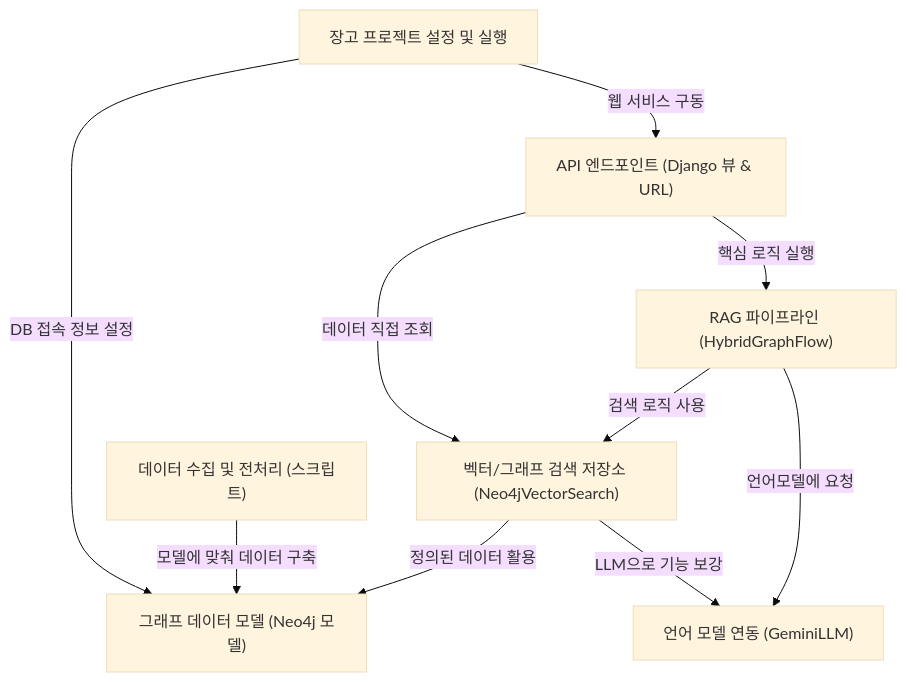
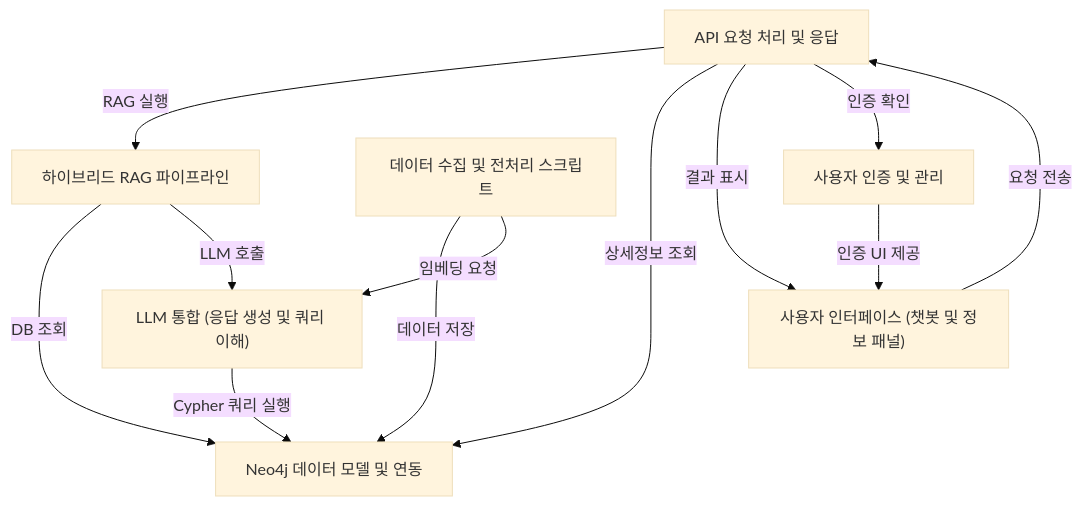
One commit to SKNETWORKS-FAMILY-AICAMP/SKN10-4th-1Team changed the diagram in tutorial/index.md. Above: the diagram before and after it, drawn with Mermaid (base theme). The commit also changed other lines of this file and 14 other files, not shown here.

````diff
--- a/tutorial/index.md
+++ b/tutorial/index.md
@@ -10,26 +10,28 @@
 ```mermaid
 flowchart TD
-    A0["RAG 파이프라인 (HybridGraphFlow)
+    A0["하이브리드 RAG 파이프라인
 "]
-    A1["그래프 데이터 모델 (Neo4j 모델)
+    A1["Neo4j 데이터 모델 및 연동
 "]
-    A2["벡터/그래프 검색 저장소 (Neo4jVectorSearch)
+    A2["LLM 통합 (응답 생성 및 쿼리 이해)
 "]
-    A3["언어 모델 연동 (GeminiLLM)
+    A3["API 요청 처리 및 응답
 "]
-    A4["API 엔드포인트 (Django 뷰 & URL)
+    A4["사용자 인터페이스 (챗봇 및 정보 패널)
 "]
-    A5["데이터 수집 및 전처리 (스크립트)
+    A5["데이터 수집 및 전처리 스크립트
 "]
-    A6["장고 프로젝트 설정 및 실행
+    A6["사용자 인증 및 관리
 "]
-    A0 -- "검색 로직 사용" --> A2
-    A0 -- "언어모델에 요청" --> A3
-    A2 -- "정의된 데이터 활용" --> A1
-    A5 -- "모델에 맞춰 데이터 구축" --> A1
-    A4 -- "핵심 로직 실행" --> A0
-    A4 -- "데이터 직접 조회" --> A2
-    A2 -- "LLM으로 기능 보강" --> A3
-    A6 -- "웹 서비스 구동" --> A4
-    A6 -- "DB 접속 정보 설정" --> A1
+    A0 -- "DB 조회" --> A1
+    A0 -- "LLM 호출" --> A2
+    A5 -- "데이터 저장" --> A1
+    A2 -- "Cypher 쿼리 실행" --> A1
+    A5 -- "임베딩 요청" --> A2
+    A3 -- "RAG 실행" --> A0
+    A3 -- "상세정보 조회" --> A1
+    A4 -- "요청 전송" --> A3
+    A3 -- "결과 표시" --> A4
+    A3 -- "인증 확인" --> A6
+    A6 -- "인증 UI 제공" --> A4
 ```
````
